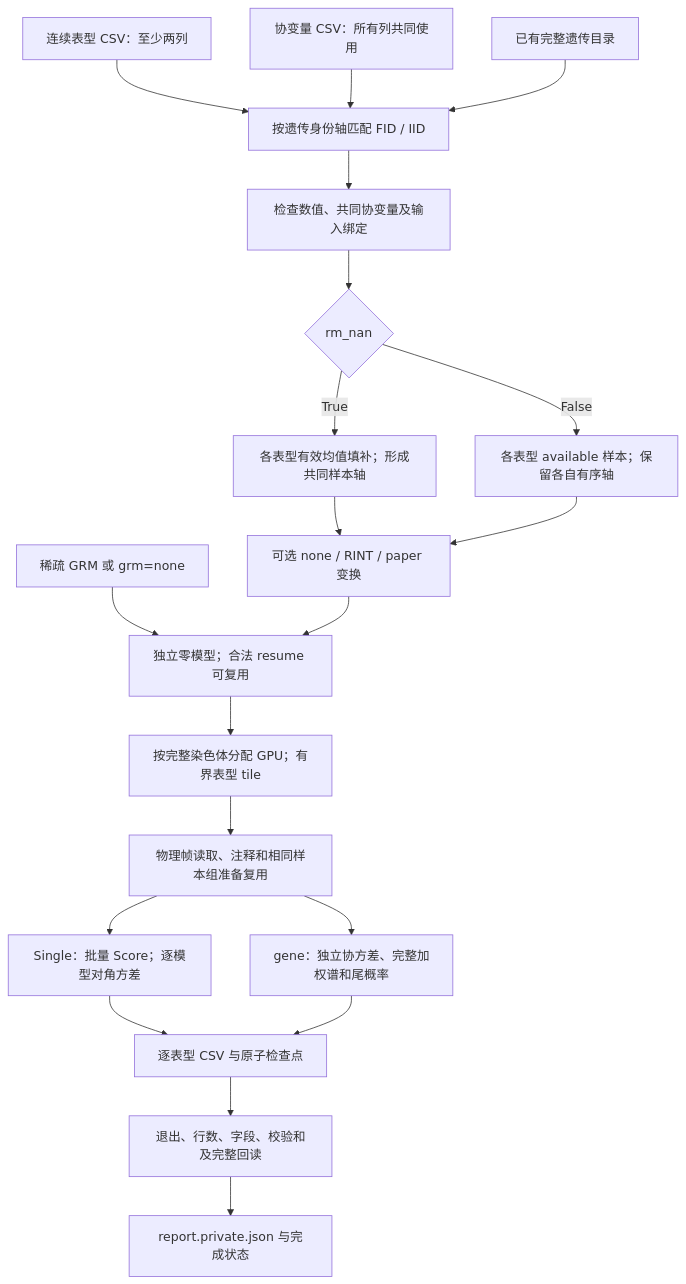
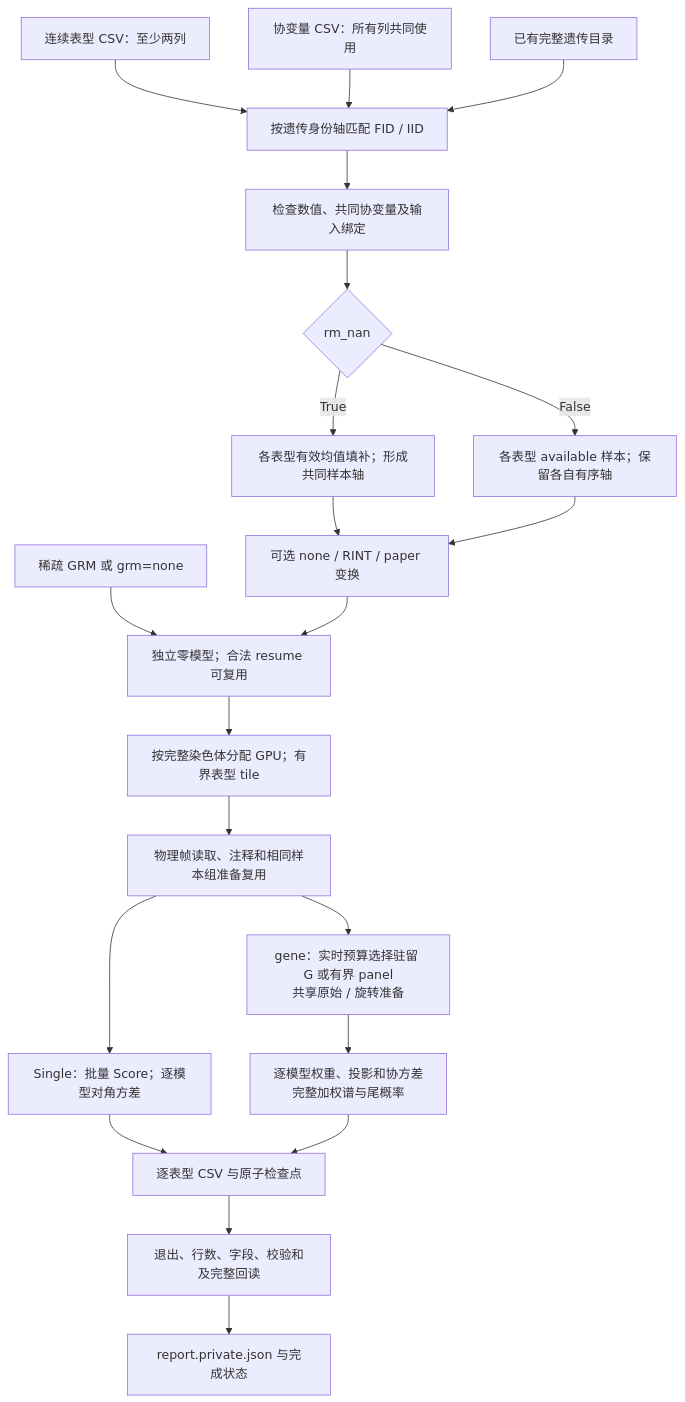
Before and after one commit to weikanggong1/Fudan-WGS-Toolkit: the diagram in docs/wgs_continuous.md, drawn with Mermaid. The commit also changed other lines of this file and 29 other files, not shown here.

````diff
--- a/docs/wgs_continuous.md
+++ b/docs/wgs_continuous.md
@@ -9,22 +9,23 @@
 ```mermaid
 flowchart TD
     Y["连续表型 CSV：至少两列"] --> A["按遗传身份轴匹配 FID / IID"]
     X["协变量 CSV：所有列共同使用"] --> A
     C["已有完整遗传目录"] --> A
     A --> Q["检查数值、共同协变量及输入绑定"]
     Q --> M{"rm_nan"}
     M -- True --> I["各表型有效均值填补；形成共同样本轴"]
     M -- False --> V["各表型 available 样本；保留各自有序轴"]
     I --> T["可选 none / RINT / paper 变换"]
     V --> T
     K["稀疏 GRM 或 grm=none"] --> N["独立零模型；合法 resume 可复用"]
     T --> N
     N --> D["按完整染色体分配 GPU；有界表型 tile"]
     D --> R["物理帧读取、注释和相同样本组准备复用"]
     R --> S["Single：批量 Score；逐模型对角方差"]
-    R --> G["gene：独立协方差、完整加权谱和尾概率"]
+    R --> J["gene：实时预算选择驻留 G 或有界 panel<br/>共享原始 / 旋转准备"]
+    J --> G["逐模型权重、投影和协方差<br/>完整加权谱与尾概率"]
     S --> W["逐表型 CSV 与原子检查点"]
     G --> W
     W --> F["退出、行数、字段、校验和及完整回读"]
     F --> O["report.private.json 与完成状态"]
 ```
````
